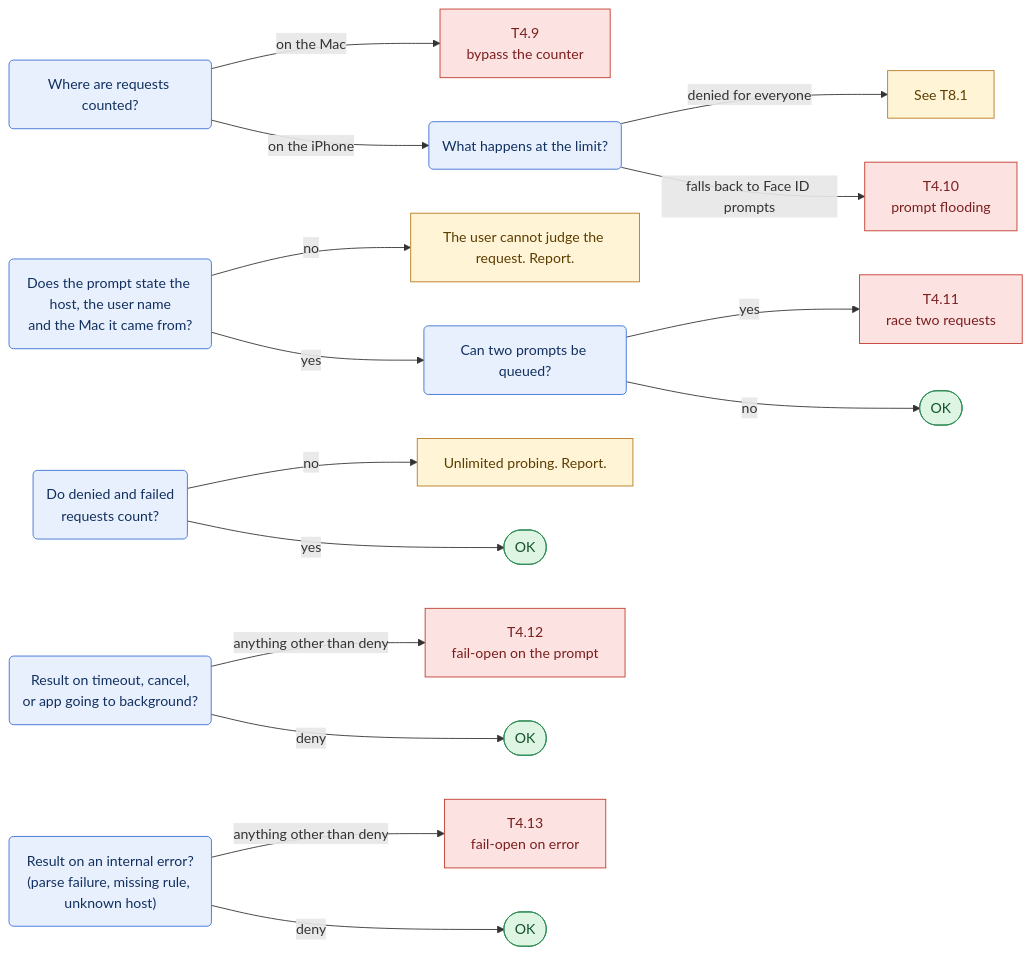
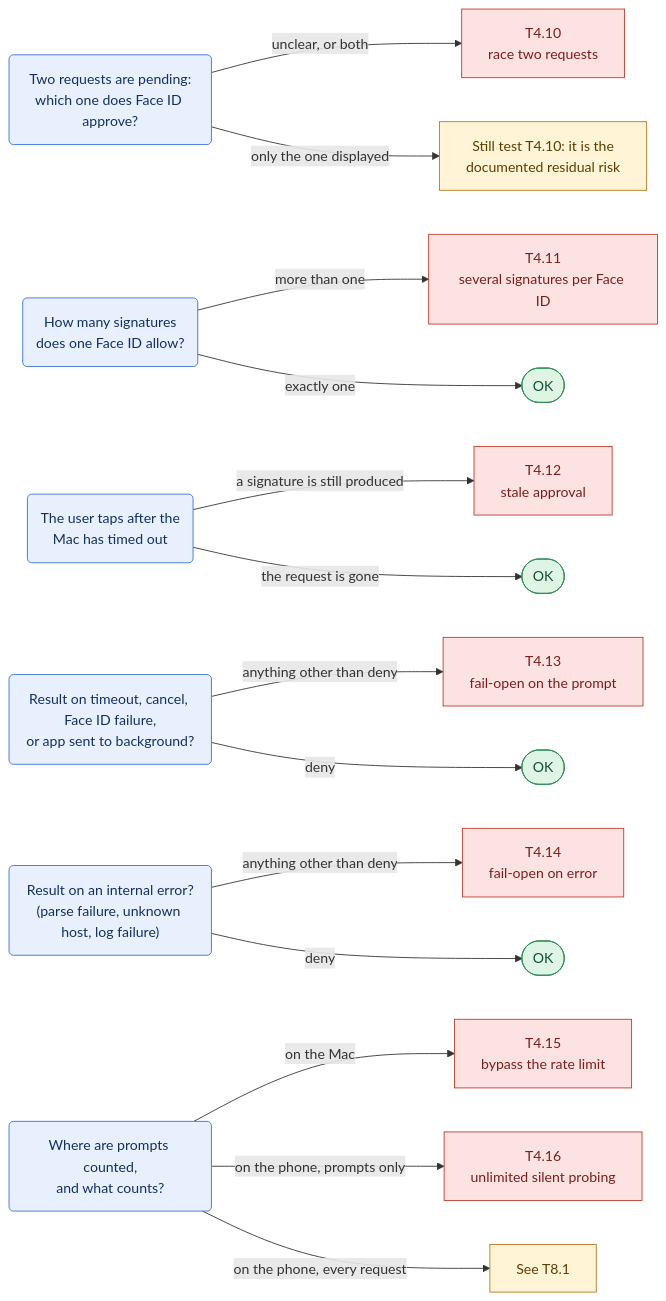
Before and after one commit to Samylay/sentry-key: diagram 11 of 17 in docs/red-team/README.md, drawn with Mermaid. The commit also changed other lines of this file and 1 other file, not shown here.

First line of the commit message:
Align red team guide with docs/ARCHITECTURE.md (prompt P-007)

````diff
--- a/docs/red-team/README.md
+++ b/docs/red-team/README.md
@@ -476,28 +462,26 @@
 ```mermaid
 flowchart LR
   classDef q fill:#e8f0fe,stroke:#3b6fd4,color:#12305f
   classDef atk fill:#fde2e2,stroke:#c0392b,color:#7b1e1e
   classDef ok fill:#dff5e3,stroke:#2e8b57,color:#14532d
   classDef note fill:#fff4d6,stroke:#b7791f,color:#5c3d00
-  q9("Where are requests counted?"):::q
-  q10("What happens at the limit?"):::q
-  q11("Do denied and failed<br/>requests count?"):::q
-  q12("Does the prompt state the host, the user name<br/>and the Mac it came from?"):::q
-  q13("Can two prompts be queued?"):::q
-  q14("Result on timeout, cancel,<br/>or app going to background?"):::q
-  q15("Result on an internal error?<br/>(parse failure, missing rule, unknown host)"):::q
-  q9 -->|"on the Mac"| a9["T4.9<br/>bypass the counter"]:::atk
-  q9 -->|"on the iPhone"| q10
-  q10 -->|"denied for everyone"| n4["See T8.1"]:::note
-  q10 -->|"falls back to Face ID prompts"| a10["T4.10<br/>prompt flooding"]:::atk
-  q11 -->|"no"| n5["Unlimited probing. Report."]:::note
-  q11 -->|"yes"| ok6(["OK"]):::ok
-  q12 -->|"no"| n6["The user cannot judge the request. Report."]:::note
-  q12 -->|"yes"| q13
-  q13 -->|"yes"| a11["T4.11<br/>race two requests"]:::atk
-  q13 -->|"no"| ok7(["OK"]):::ok
-  q14 -->|"anything other than deny"| a12["T4.12<br/>fail-open on the prompt"]:::atk
-  q14 -->|"deny"| ok8(["OK"]):::ok
-  q15 -->|"anything other than deny"| a13["T4.13<br/>fail-open on error"]:::atk
-  q15 -->|"deny"| ok9(["OK"]):::ok
+  q8("Two requests are pending:<br/>which one does Face ID approve?"):::q
+  q9("How many signatures<br/>does one Face ID allow?"):::q
+  q10("The user taps after the<br/>Mac has timed out"):::q
+  q11("Result on timeout, cancel, Face ID failure,<br/>or app sent to background?"):::q
+  q12("Result on an internal error?<br/>(parse failure, unknown host, log failure)"):::q
+  q13("Where are prompts counted,<br/>and what counts?"):::q
+  q8 -->|"unclear, or both"| a10["T4.10<br/>race two requests"]:::atk
+  q8 -->|"only the one displayed"| n1["Still test T4.10: it is the<br/>documented residual risk"]:::note
+  q9 -->|"more than one"| a11["T4.11<br/>several signatures per Face ID"]:::atk
+  q9 -->|"exactly one"| ok5(["OK"]):::ok
+  q10 -->|"a signature is still produced"| a12["T4.12<br/>stale approval"]:::atk
+  q10 -->|"the request is gone"| ok6(["OK"]):::ok
+  q11 -->|"anything other than deny"| a13["T4.13<br/>fail-open on the prompt"]:::atk
+  q11 -->|"deny"| ok7(["OK"]):::ok
+  q12 -->|"anything other than deny"| a14["T4.14<br/>fail-open on error"]:::atk
+  q12 -->|"deny"| ok8(["OK"]):::ok
+  q13 -->|"on the Mac"| a15["T4.15<br/>bypass the rate limit"]:::atk
+  q13 -->|"on the phone, prompts only"| a16["T4.16<br/>unlimited silent probing"]:::atk
+  q13 -->|"on the phone, every request"| n2["See T8.1"]:::note
 ```
````
